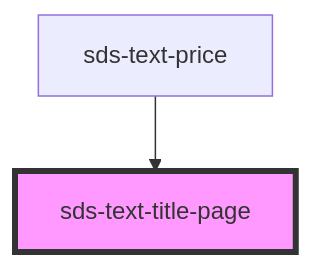
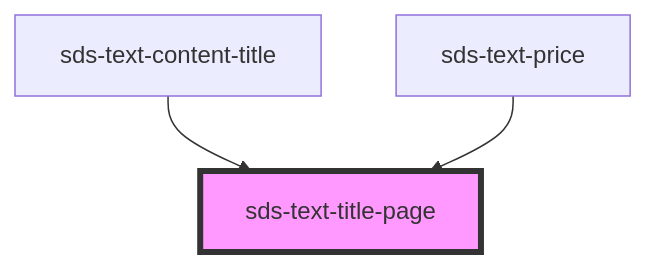
Before and after one commit to chodgesfigma/sds-mono: the diagram in sds-web-components/src/ui/primitives/sds-text/sds-text-title-page/readme.md, drawn with Mermaid. The commit also changed other lines of this file and 12 other files, not shown here.

````diff
--- a/sds-web-components/src/ui/primitives/sds-text/sds-text-title-page/readme.md
+++ b/sds-web-components/src/ui/primitives/sds-text/sds-text-title-page/readme.md
@@ -19,5 +20,6 @@
 ```mermaid
 graph TD;
+  sds-text-content-title --> sds-text-title-page
   sds-text-price --> sds-text-title-page
   style sds-text-title-page fill:#f9f,stroke:#333,stroke-width:4px
 ```
````
